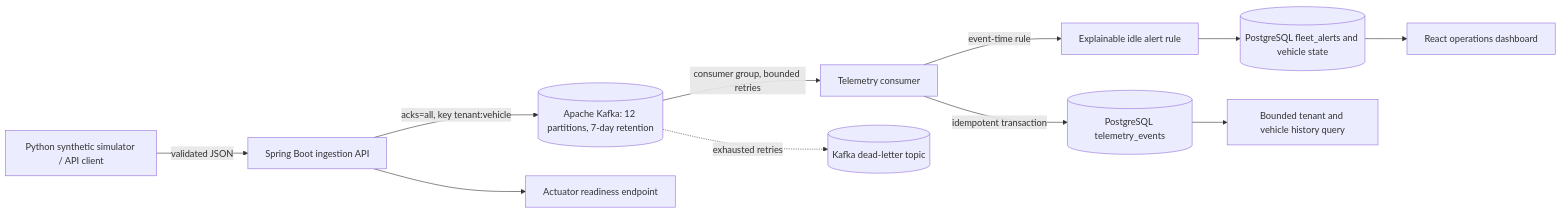
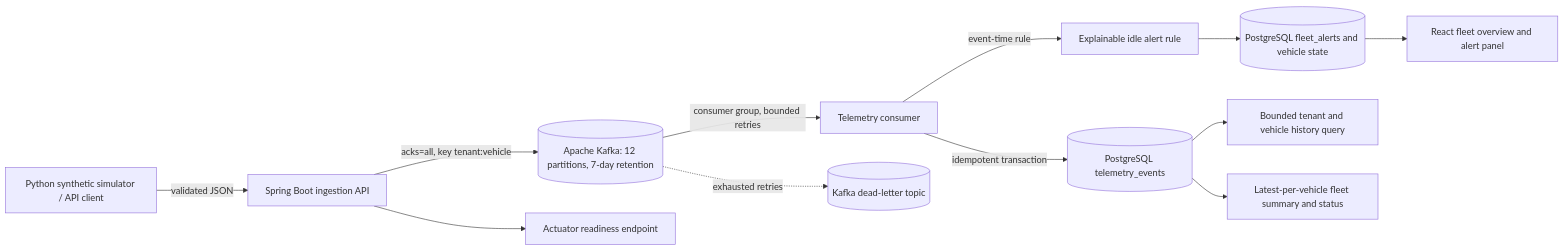
The first of 2 diagrams in docs/ARCHITECTURE.md (markapurammarthanda12/Fleet-Intelligence-Platform), drawn with Mermaid before and after one commit. The commit also changed other lines of this file and 9 other files, not shown here.

Commit message:
feat: build telemetry-backed fleet overview

````diff
--- a/docs/ARCHITECTURE.md
+++ b/docs/ARCHITECTURE.md
@@ -5,13 +5,14 @@
 ```mermaid
 flowchart LR
   SIM[Python synthetic simulator / API client] -->|validated JSON| API[Spring Boot ingestion API]
   API -->|acks=all, key tenant:vehicle| K[(Apache Kafka: 12 partitions, 7-day retention)]
   K -->|consumer group, bounded retries| CONSUMER[Telemetry consumer]
   CONSUMER -->|idempotent transaction| PG[(PostgreSQL telemetry_events)]
   CONSUMER -->|event-time rule| RULE[Explainable idle alert rule]
   RULE --> PG2[(PostgreSQL fleet_alerts and vehicle state)]
   K -. exhausted retries .-> DLT[(Kafka dead-letter topic)]
   PG --> QUERY[Bounded tenant and vehicle history query]
-  PG2 --> UI[React operations dashboard]
+  PG --> SUMMARY[Latest-per-vehicle fleet summary and status]
+  PG2 --> UI[React fleet overview and alert panel]
   API --> READY[Actuator readiness endpoint]
 ```
````
